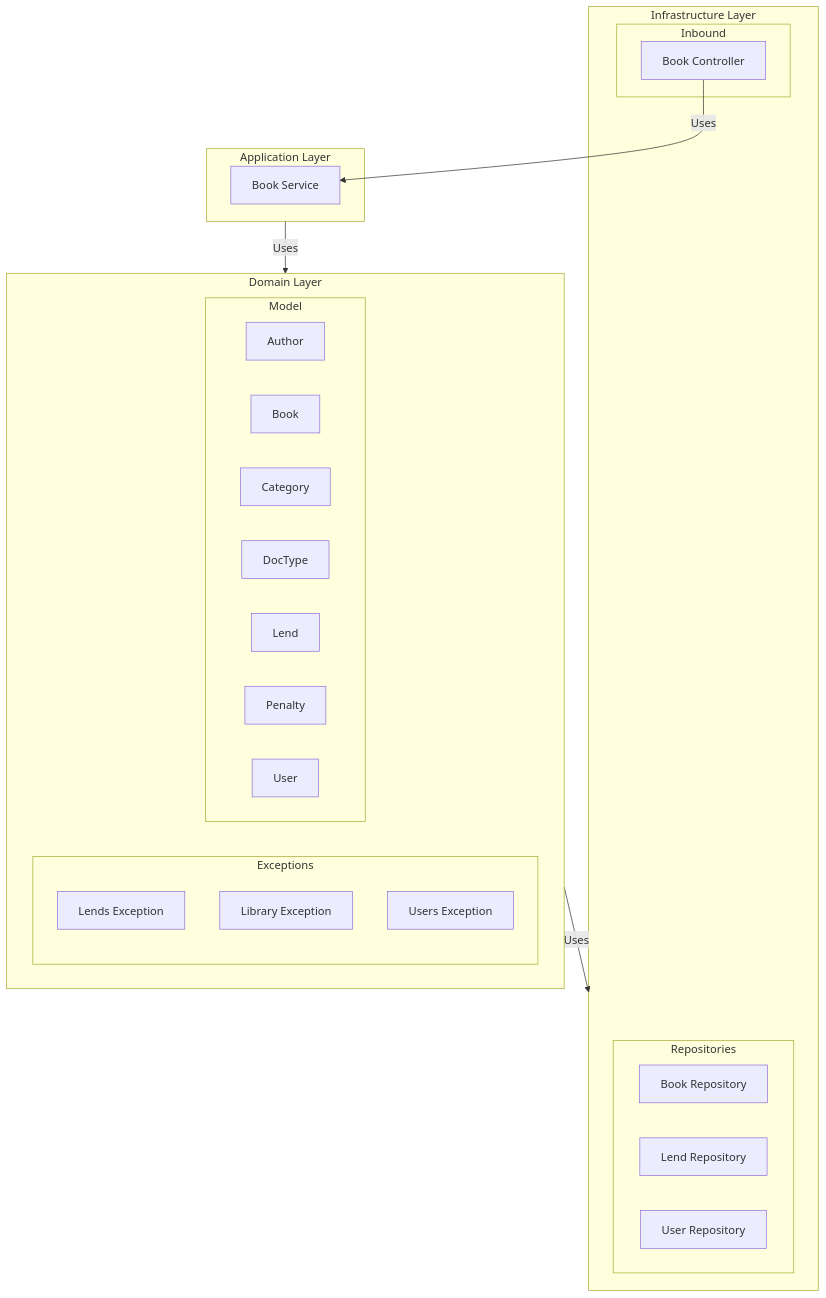
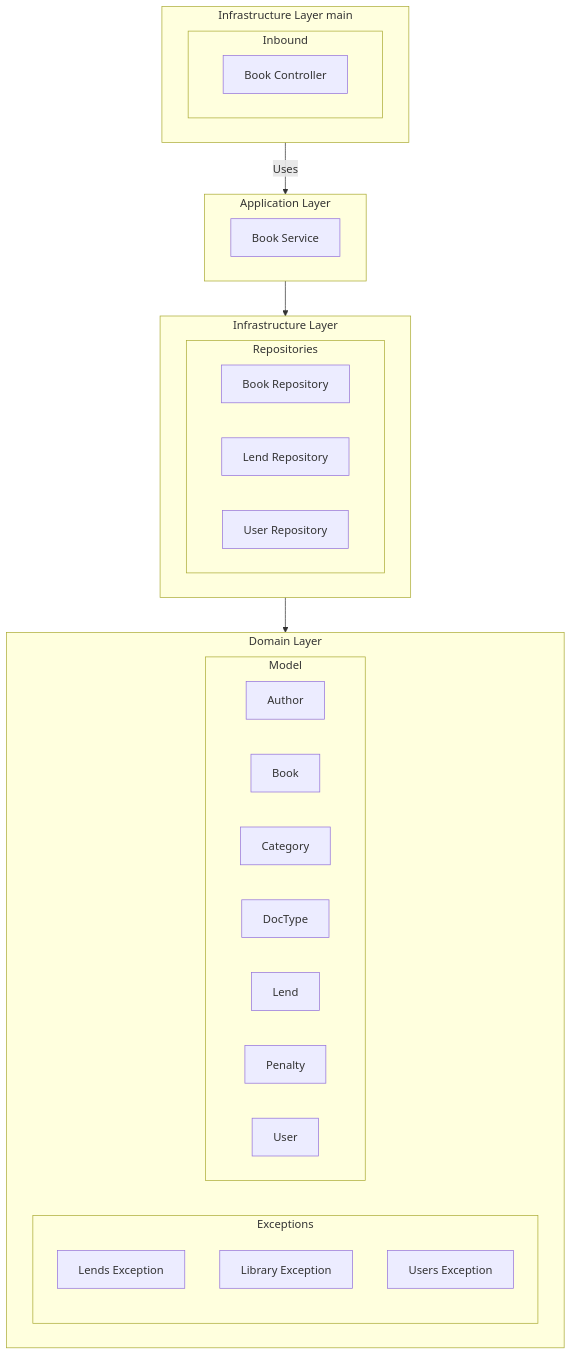
Before and after one commit to juanchitololxd/doc-library-project: the diagram in cleanarchitecture.md, drawn with Mermaid. The commit also changed other lines of this file and 3 other files, not shown here.

```diff
--- a/cleanarchitecture.md
+++ b/cleanarchitecture.md
@@ -8,48 +8,50 @@
 <pre class="mermaid">
 
 graph TD
-    app[Application Layer] -->|Uses| dom[Domain Layer]
-    dom -->|Uses| infra[Infrastructure Layer]
+	infra2[Infrastructure Layer main] -->|Uses| app[Application Layer]
+    app[Application Layer] -->infra[Infrastructure Layer]
+	infra[Infrastructure Layer] -->dom 
     
     subgraph dom[Domain Layer]
         exceptions[Exceptions]
         model[Model]
     end
 
     subgraph app[Application Layer]
         bookService[Book Service]
     end
 
     subgraph infra[Infrastructure Layer]
+        repo[Repositories]
+    end
+	
+	subgraph infra2[Infrastructure Layer main]
         inbound[Inbound]
-        repo[Repositories]
     end
 
     subgraph inbound[Inbound]
         bookController[Book Controller]
     end
 
     subgraph repo[Repositories]
         bookRepo[Book Repository]
         lendRepo[Lend Repository]
         userRepo[User Repository]
     end
 
     subgraph exceptions[Exceptions]
         lendsExc[Lends Exception]
         libExc[Library Exception]
         usersExc[Users Exception]
     end
 
     subgraph model[Model]
         author[Author]
         book[Book]
         category[Category]
         docType[DocType]
         lend[Lend]
         penalty[Penalty]
         user[User]
     end
-
-    bookController -->|Uses| bookService
 </pre>
```
